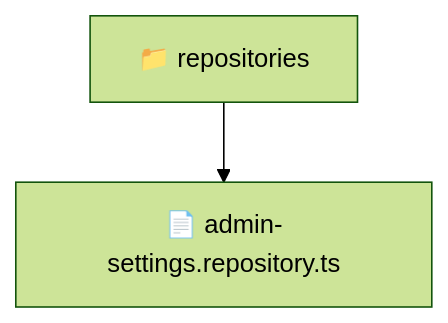
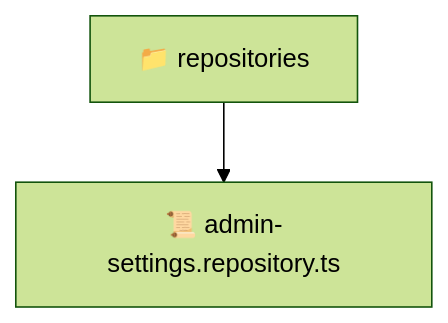
The diagram in backend/src/modules/admin-settings/infrastructure/repositories/README.md (beginwebdev2002/fullstack-mavluda), drawn with Mermaid (forest theme) before and after one commit. The commit also changed other lines of this file and 163 other files, not shown here.

````diff
--- a/backend/src/modules/admin-settings/infrastructure/repositories/README.md
+++ b/backend/src/modules/admin-settings/infrastructure/repositories/README.md
@@ -9,5 +9,5 @@
 ```mermaid
 graph TD
-  Root["📁 repositories"]
-  Root --> admin_settings_repository_ts["📄 admin-settings.repository.ts"]
+  repositories["📁 repositories"]
+  repositories --> admin_settings_repository_ts["📜 admin-settings.repository.ts"]
 ```
````
